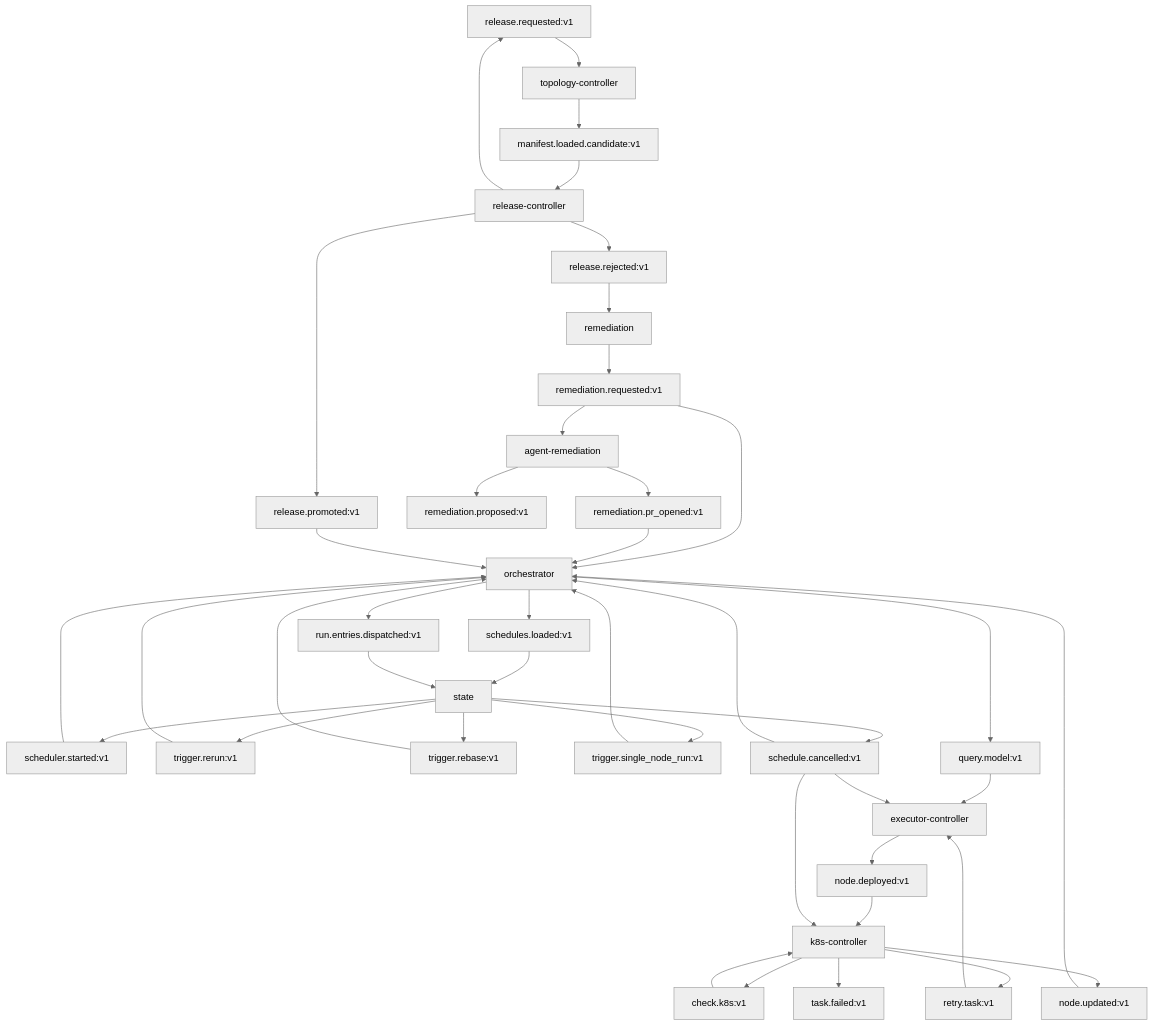
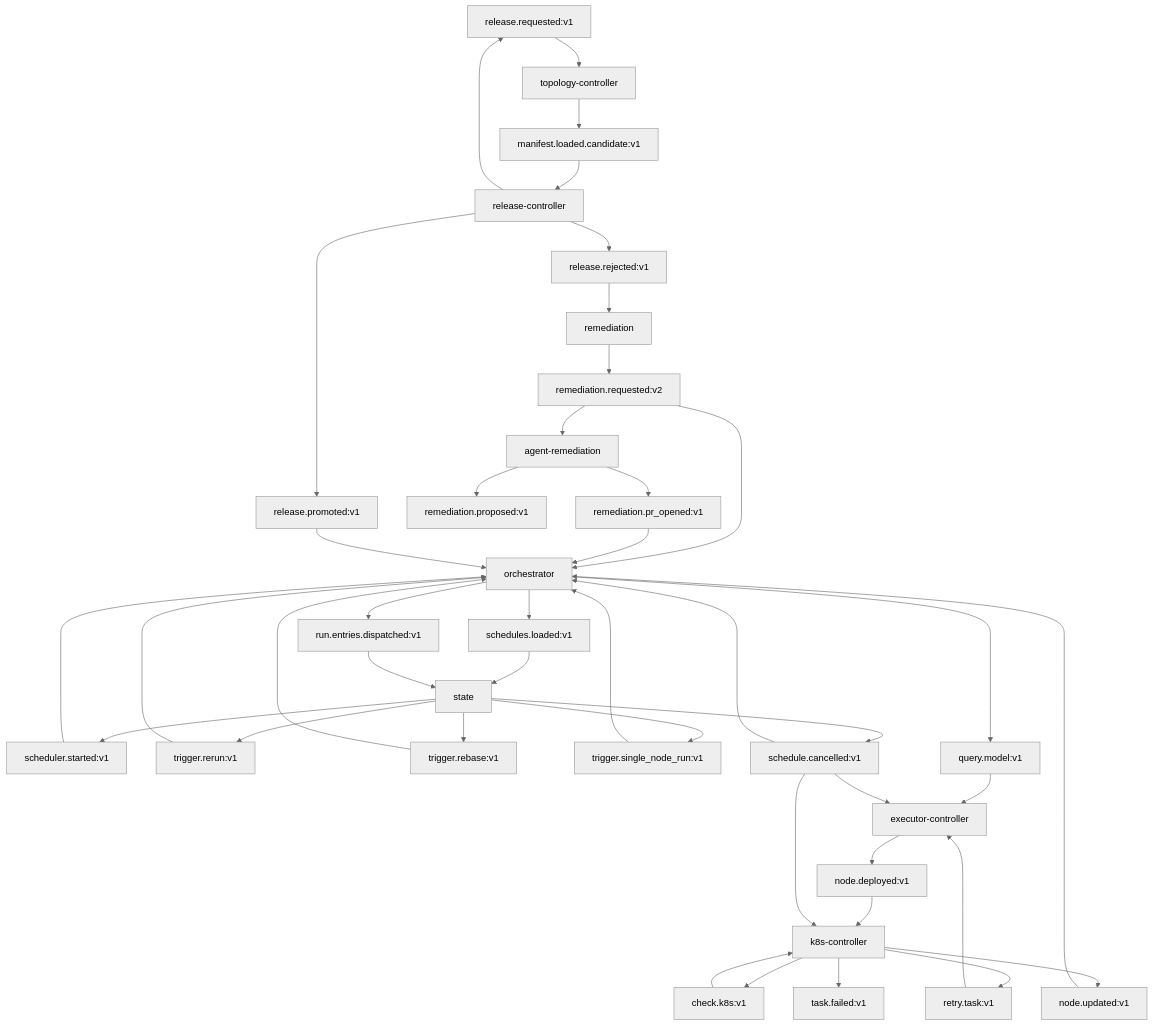
One commit to carolsimone/continuo changed the second of 2 diagrams in docs/arch/01-topology.md. Above: the diagram before and after it, drawn with Mermaid (neutral theme). The commit also changed 156 other files, not shown here.

````diff
--- a/docs/arch/01-topology.md
+++ b/docs/arch/01-topology.md
@@ -81,75 +81,75 @@
 ```mermaid
 flowchart TD
   RR[release.requested:v1]
   MLC[manifest.loaded.candidate:v1]
   RP[release.promoted:v1]
   RREJ[release.rejected:v1]
-  REMREQ[remediation.requested:v1]
+  REMREQ[remediation.requested:v2]
   REMPROP[remediation.proposed:v1]
   PROPENED[remediation.pr_opened:v1]
   SL[schedules.loaded:v1]
   SS[scheduler.started:v1]
   RED[run.entries.dispatched:v1]
   TRR[trigger.rerun:v1]
   TRB[trigger.rebase:v1]
   TSN[trigger.single_node_run:v1]
   QM[query.model:v1]
   ED[node.deployed:v1]
   KCV[check.k8s:v1]
   TR[retry.task:v1]
   TF[task.failed:v1]
   UT[node.updated:v1]
 
   RC[release-controller] --> RR
   RR --> MC[topology-controller]
   MC --> MLC
   MLC --> RC
   RC --> RP
   RC --> RREJ
   RREJ --> REM[remediation]
   REM --> REMREQ
   REMREQ --> REMA[agent-remediation]
   REMREQ --> OR[orchestrator]
   REMA --> REMPROP
   REMA --> PROPENED
   PROPENED --> OR
   RP --> OR
   OR --> SL
   SL --> ST[state]
 
   ST --> SS
   SS --> OR
   OR --> RED
   RED --> ST
 
   ST --> TRR
   TRR --> OR
 
   ST --> TRB
   TRB --> OR
 
   ST --> TSN
   TSN --> OR
 
   OR --> QM
 
   QM --> EC[executor-controller]
   TR --> EC
 
   EC --> ED
   ED --> KC[k8s-controller]
 
   KC --> KCV
   KCV --> KC
   KC --> TR
   KC --> TF
   KC --> UT
 
   UT --> OR
 
   SC_EV[schedule.cancelled:v1]
   ST --> SC_EV
   SC_EV --> OR
   SC_EV --> EC
   SC_EV --> KC
 ```
````
